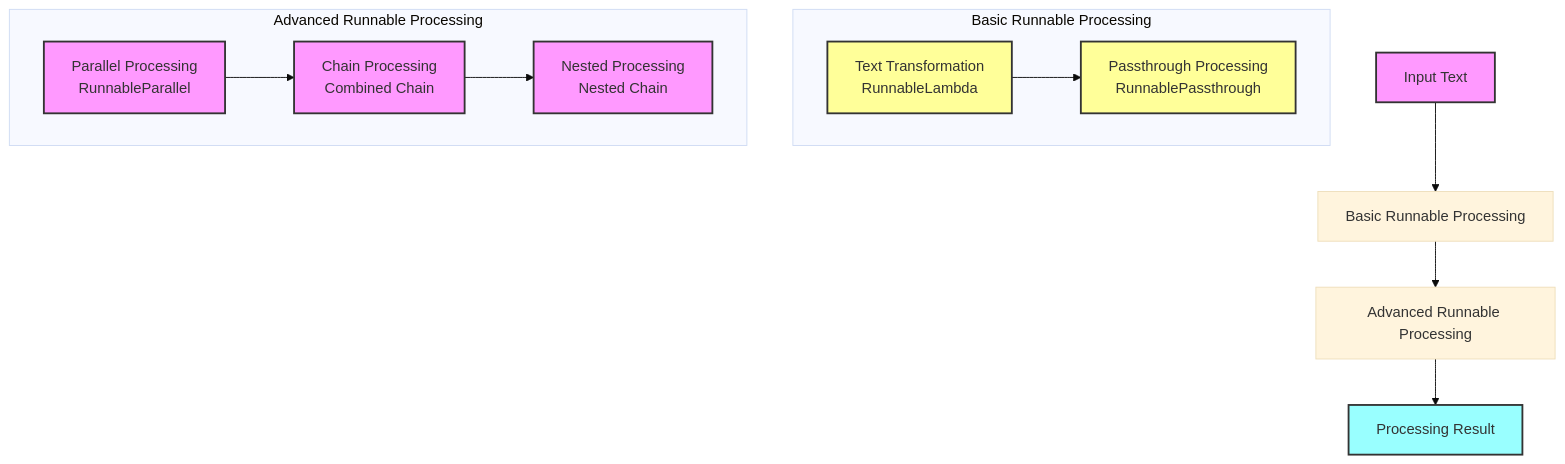
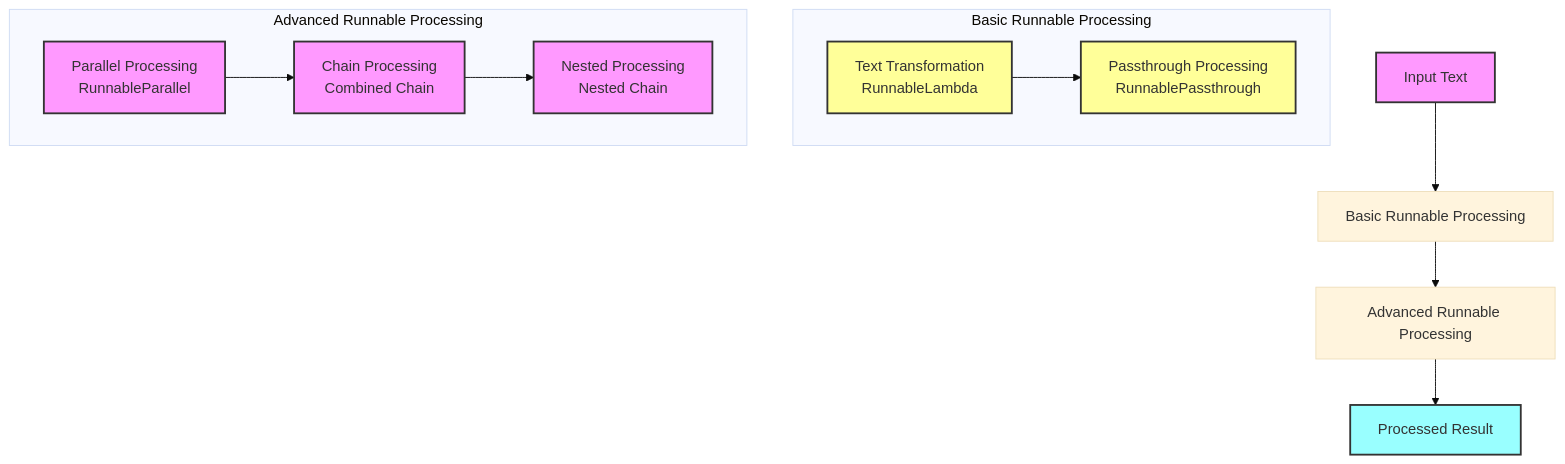
One commit to Sunwood-ai-labs/langchain-sandbox changed the diagram in docs/README.en.md. Above: the diagram before and after it, drawn with Mermaid (base theme). The commit also changed other lines of this file, not shown here.

````diff
--- a/docs/README.en.md
+++ b/docs/README.en.md
@@ -129,32 +125,32 @@
 ```mermaid
 
 graph TB
     Input[Input Text] --> Basic[Basic Runnable Processing]
     
     subgraph "Basic Runnable Processing"
         Transform[Text Transformation<br/>RunnableLambda]
         Passthrough[Passthrough Processing<br/>RunnablePassthrough]
         Transform --> Passthrough
     end
     
     Basic --> Advanced[Advanced Runnable Processing]
     
     subgraph "Advanced Runnable Processing"
         Parallel[Parallel Processing<br/>RunnableParallel]
         Chain[Chain Processing<br/>Combined Chain]
         Nested[Nested Processing<br/>Nested Chain]
         
         Parallel --> Chain
         Chain --> Nested
     end
     
-    Advanced --> Output[Processing Result]
+    Advanced --> Output[Processed Result]
     
     style Input fill:#f9f,stroke:#333,stroke-width:2px
     style Output fill:#9ff,stroke:#333,stroke-width:2px
     style Transform fill:#ff9,stroke:#333,stroke-width:2px
     style Passthrough fill:#ff9,stroke:#333,stroke-width:2px
     style Parallel fill:#f9f,stroke:#333,stroke-width:2px
     style Chain fill:#f9f,stroke:#333,stroke-width:2px
     style Nested fill:#f9f,stroke:#333,stroke-width:2px
 ```
````
